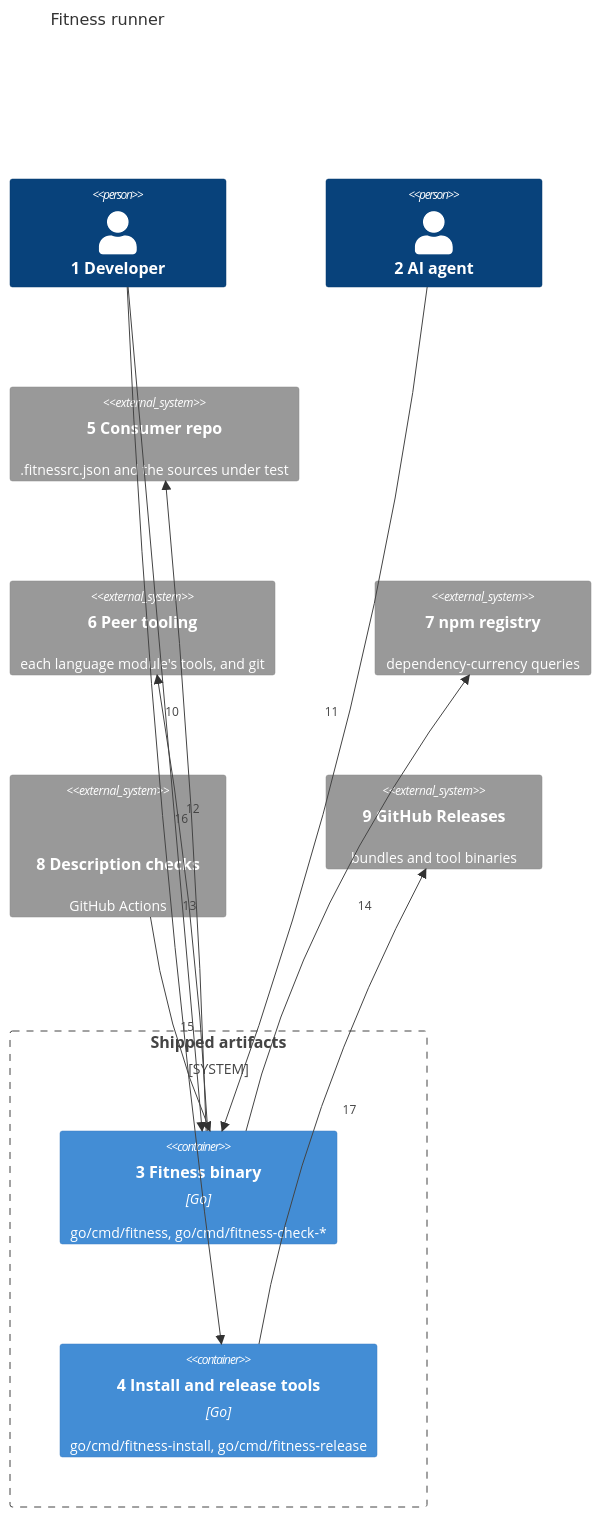
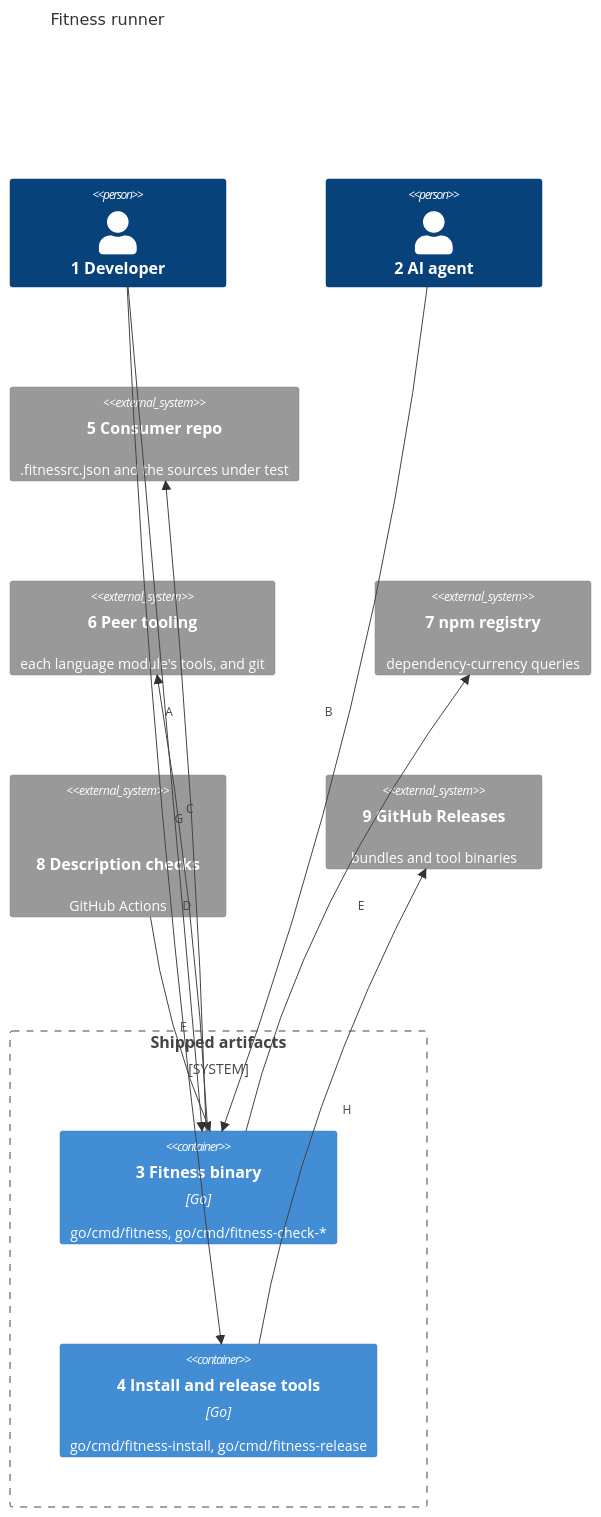
One commit to may-journal/fitness-runner changed the first of 2 diagrams in docs/architecture/02-containers.md. Above: the diagram before and after it, drawn with Mermaid. The commit also changed other lines of this file and 28 other files, not shown here.

First line of the commit message:
feat(mermaid-callouts): label connectors with letter callouts (#584)

````diff
--- a/docs/architecture/02-containers.md
+++ b/docs/architecture/02-containers.md
@@ -8,27 +8,27 @@
 ```mermaid
 C4Container
     title Fitness runner
 
     Person(developer, "1 Developer")
     Person(agent, "2 AI agent")
 
     System_Boundary(ship, "Shipped artifacts") {
         Container(cli, "3 Fitness binary", "Go", "go/cmd/fitness, go/cmd/fitness-check-*")
         Container(tools, "4 Install and release tools", "Go", "go/cmd/fitness-install, go/cmd/fitness-release")
     }
 
     System_Ext(consumer, "5 Consumer repo", ".fitnessrc.json and the sources under test")
     System_Ext(peers, "6 Peer tooling", "each language module's tools, and git")
     System_Ext(registry, "7 npm registry", "dependency-currency queries")
     System_Ext(ci, "8 Description checks", "GitHub Actions", "issue-check and pr-check")
     System_Ext(releases, "9 GitHub Releases", "bundles and tool binaries")
 
-    Rel(developer, cli, "10")
-    Rel(agent, cli, "11")
-    Rel(cli, consumer, "12")
-    Rel(cli, peers, "13")
-    Rel(cli, registry, "14")
-    Rel(ci, cli, "15")
-    Rel(developer, tools, "16")
-    Rel(tools, releases, "17")
+    Rel(developer, cli, "A")
+    Rel(agent, cli, "B")
+    Rel(cli, consumer, "C")
+    Rel(cli, peers, "D")
+    Rel(cli, registry, "E")
+    Rel(ci, cli, "F")
+    Rel(developer, tools, "G")
+    Rel(tools, releases, "H")
 ```
````
